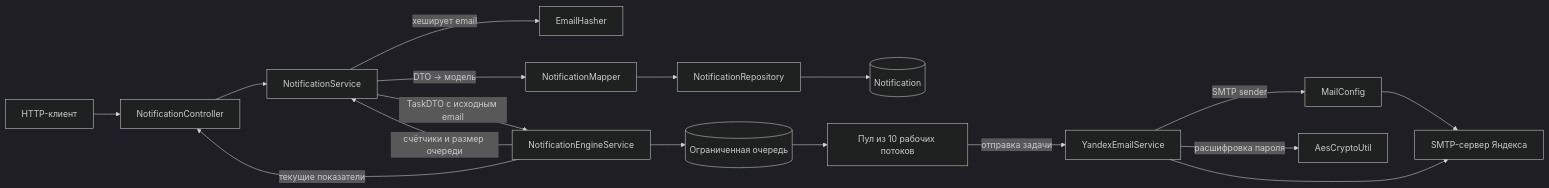
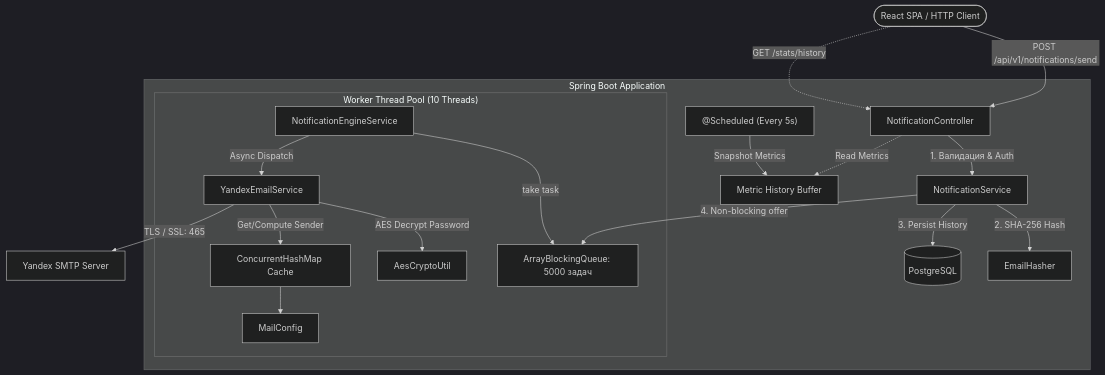
One commit to sankyqdi/High-Throughput-Notification-Engine changed the diagram in README.md. Above: the diagram before and after it, drawn with Mermaid (dark theme). The commit also changed other lines of this file, not shown here.

````diff
--- a/README.md
+++ b/README.md
@@ -41,19 +44,25 @@
 ```mermaid
-flowchart LR
-    Client[HTTP-клиент] --> NC[NotificationController]
-    NC --> NS[NotificationService]
-    NS -->|хеширует email| EH[EmailHasher]
-    NS -->|DTO -> модель| NM[NotificationMapper]
-    NM --> NR[NotificationRepository]
-    NR --> N[(Notification)]
-    NS -->|TaskDTO с исходным email| NE[NotificationEngineService]
-    NE --> Q[(Ограниченная очередь)]
-    Q --> W[Пул из 10 рабочих потоков]
-    W -->|отправка задачи| YE[YandexEmailService]
-    YE -->|SMTP sender| MC[MailConfig]
-    YE -->|расшифровка пароля| AES[AesCryptoUtil]
-    MC --> SMTP[SMTP-сервер Яндекса]
-    YE --> SMTP
-    NE -->|счётчики и размер очереди| NS
-    NE -->|текущие показатели| NC
+flowchart TD
+    Client([React SPA / HTTP Client]) -->|POST /api/v1/notifications/send| Controller[NotificationController]
+    
+    subgraph Core ["Spring Boot Application"]
+        Controller -->|1. Валидация & Auth| Service[NotificationService]
+        Service -->|2. SHA-256 Hash| Hasher[EmailHasher]
+        Service -->|3. Persist History| DB[(PostgreSQL)]
+        Service -->|4. Non-blocking offer| Queue[ArrayBlockingQueue: 5000 задач]
+        
+        subgraph Workers ["Worker Thread Pool (10 Threads)"]
+            Engine[NotificationEngineService] -->|take task| Queue
+            Engine -->|Async Dispatch| EmailService[YandexEmailService]
+            EmailService -->|AES Decrypt Password| AES[AesCryptoUtil]
+            EmailService -->|Get/Compute Sender| Cache[ConcurrentHashMap Cache]
+            Cache --> MailConfig[MailConfig]
+        end
+        
+        Scheduler["@Scheduled (Every 5s)"] -->|Snapshot Metrics| Telemetry[Metric History Buffer]
+    end
+
+    EmailService -->|TLS / SSL: 465| SMTP[Yandex SMTP Server]
+    Client -.->|GET /stats/history| Controller
+    Controller -.->|Read Metrics| Telemetry
 ```
````
